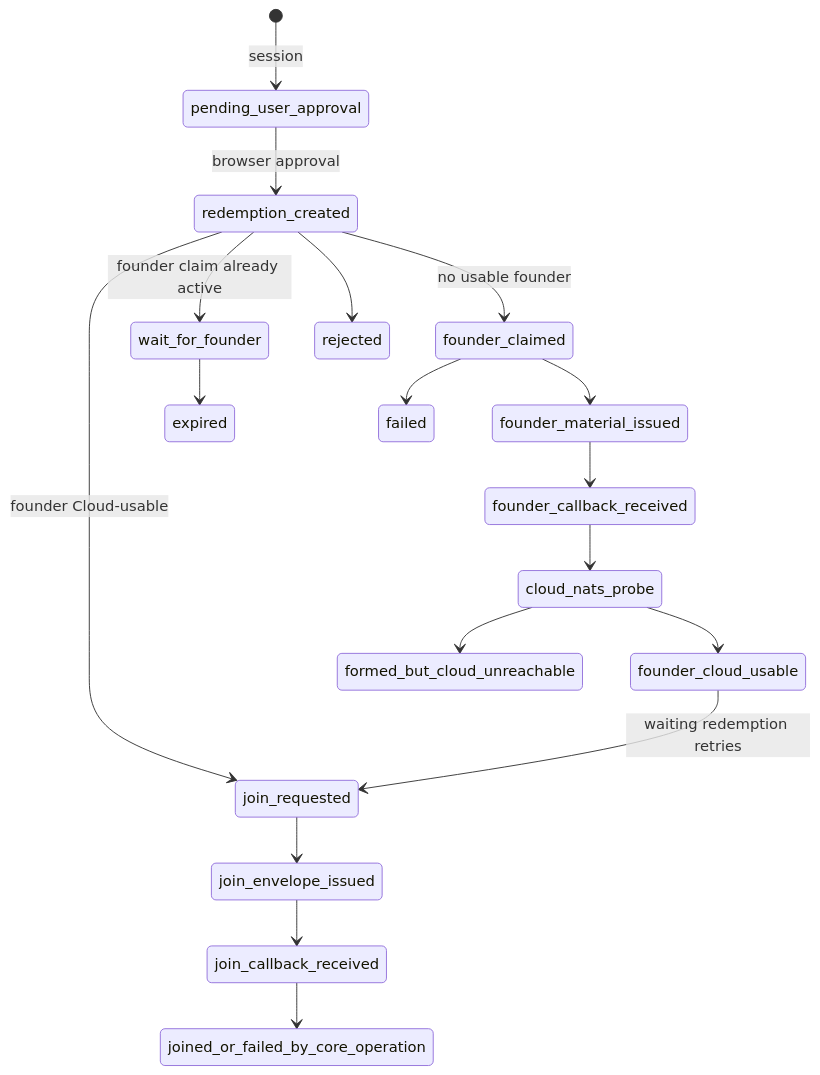
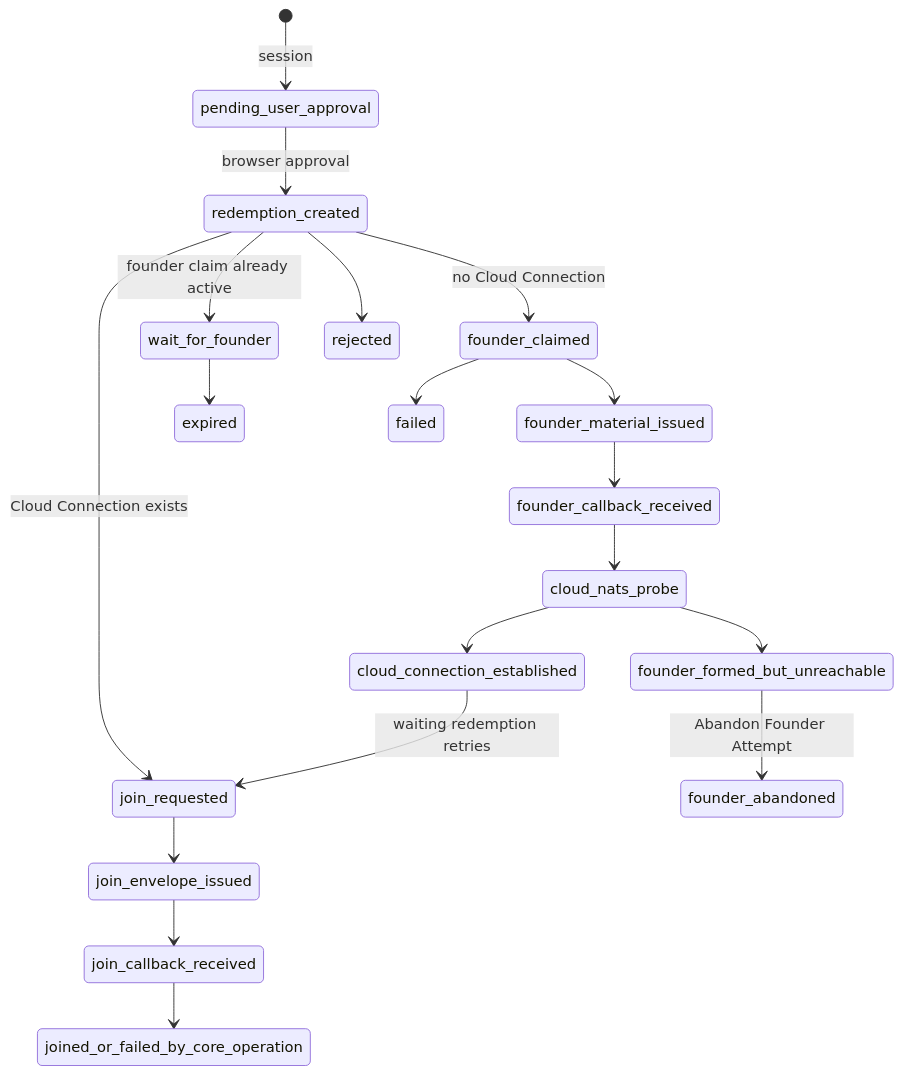
One commit to getployz/ployz changed the third of 3 diagrams in docs/plans/2026-06-26-002-feat-cross-repo-cloud-bootstrap-full-functionality-plan.md. Above: the diagram before and after it, drawn with Mermaid. The commit also changed other lines of this file and 3 other files, not shown here.

````diff
--- a/docs/plans/2026-06-26-002-feat-cross-repo-cloud-bootstrap-full-functionality-plan.md
+++ b/docs/plans/2026-06-26-002-feat-cross-repo-cloud-bootstrap-full-functionality-plan.md
@@ -321,20 +396,21 @@
 ```mermaid
 stateDiagram-v2
   [*] --> pending_user_approval: session
   pending_user_approval --> redemption_created: browser approval
-  redemption_created --> founder_claimed: no usable founder
+  redemption_created --> founder_claimed: no Cloud Connection
   redemption_created --> wait_for_founder: founder claim already active
-  redemption_created --> join_requested: founder Cloud-usable
+  redemption_created --> join_requested: Cloud Connection exists
   founder_claimed --> founder_material_issued
   founder_material_issued --> founder_callback_received
   founder_callback_received --> cloud_nats_probe
-  cloud_nats_probe --> founder_cloud_usable
-  cloud_nats_probe --> formed_but_cloud_unreachable
-  founder_cloud_usable --> join_requested: waiting redemption retries
+  cloud_nats_probe --> cloud_connection_established
+  cloud_nats_probe --> founder_formed_but_unreachable
+  founder_formed_but_unreachable --> founder_abandoned: Abandon Founder Attempt
+  cloud_connection_established --> join_requested: waiting redemption retries
   join_requested --> join_envelope_issued
   join_envelope_issued --> join_callback_received
   join_callback_received --> joined_or_failed_by_core_operation
   redemption_created --> rejected
   wait_for_founder --> expired
   founder_claimed --> failed
 ```
````
